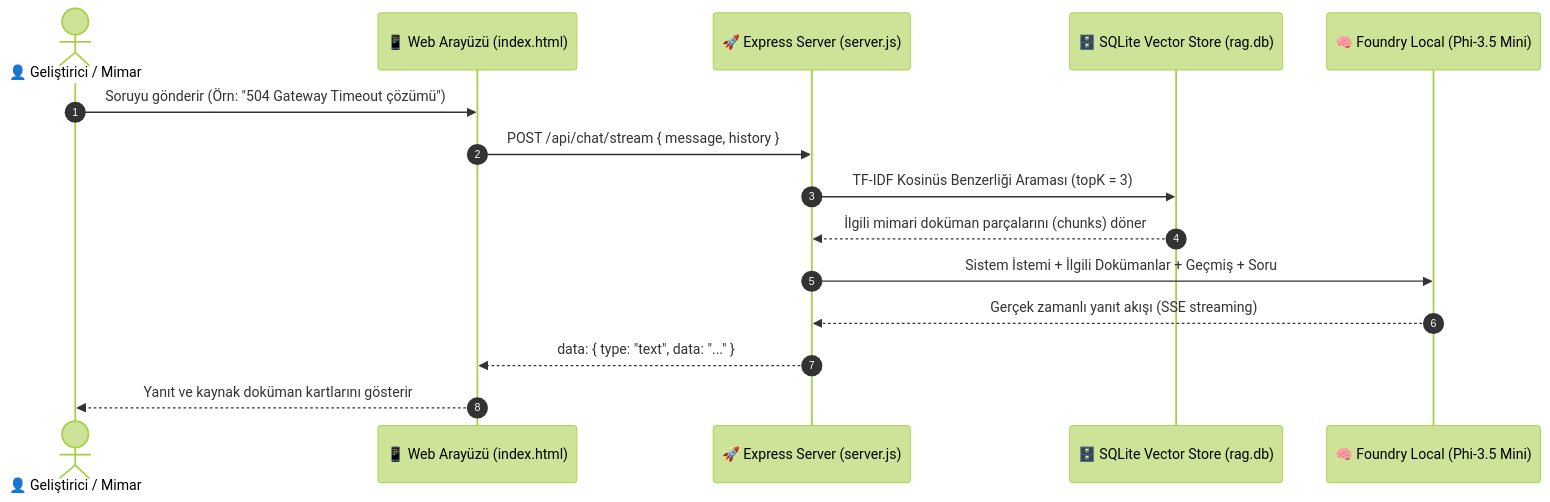
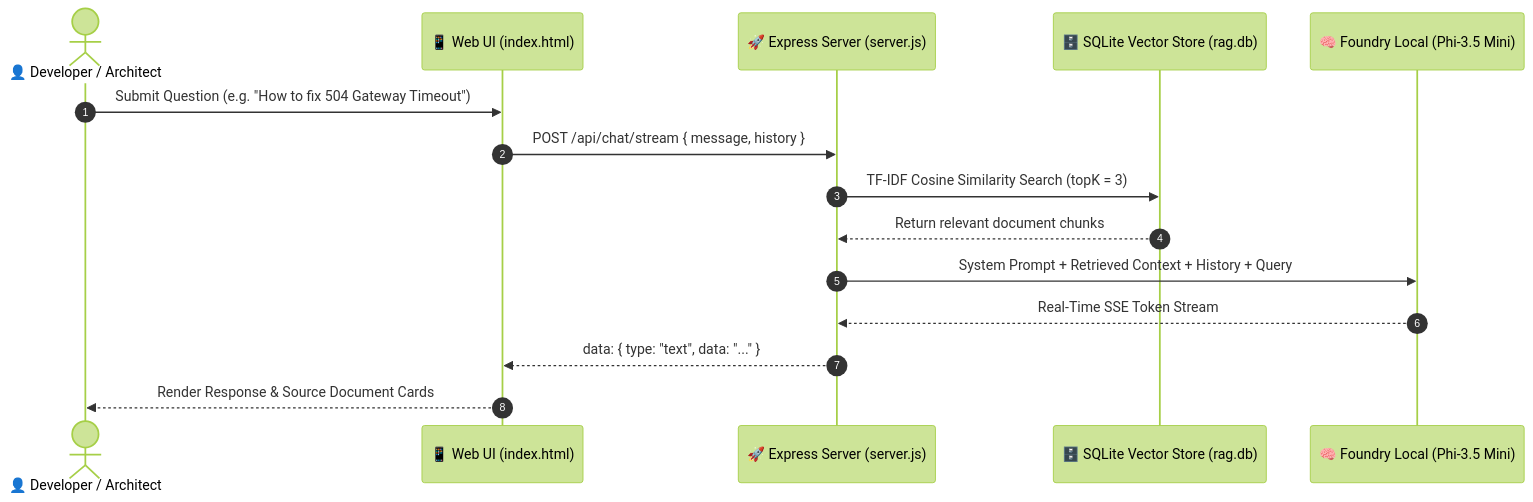
One commit to YagmurInci/local-rag-agent changed the diagram in README.md. Above: the diagram before and after it, drawn with Mermaid (forest theme). The commit also changed other lines of this file and 2 other files, not shown here.

````diff
--- a/README.md
+++ b/README.md
@@ -53,18 +58,18 @@
 ```mermaid
 sequenceDiagram
     autonumber
-    actor Kullanıcı as 👤 Geliştirici / Mimar
-    participant UI as 📱 Web Arayüzü (index.html)
+    actor User as 👤 Developer / Architect
+    participant UI as 📱 Web UI (index.html)
     participant Server as 🚀 Express Server (server.js)
     participant VectorDB as 🗄️ SQLite Vector Store (rag.db)
     participant AI as 🧠 Foundry Local (Phi-3.5 Mini)
 
-    Kullanıcı->>UI: Soruyu gönderir (Örn: "504 Gateway Timeout çözümü")
+    User->>UI: Submit Question (e.g. "How to fix 504 Gateway Timeout")
     UI->>Server: POST /api/chat/stream { message, history }
-    Server->>VectorDB: TF-IDF Kosinüs Benzerliği Araması (topK = 3)
-    VectorDB-->>Server: İlgili mimari doküman parçalarını (chunks) döner
-    Server->>AI: Sistem İstemi + İlgili Dokümanlar + Geçmiş + Soru
-    AI-->>Server: Gerçek zamanlı yanıt akışı (SSE streaming)
+    Server->>VectorDB: TF-IDF Cosine Similarity Search (topK = 3)
+    VectorDB-->>Server: Return relevant document chunks
+    Server->>AI: System Prompt + Retrieved Context + History + Query
+    AI-->>Server: Real-Time SSE Token Stream
     Server-->>UI: data: { type: "text", data: "..." }
-    UI-->>Kullanıcı: Yanıt ve kaynak doküman kartlarını gösterir
+    UI-->>User: Render Response & Source Document Cards
 ```
````
